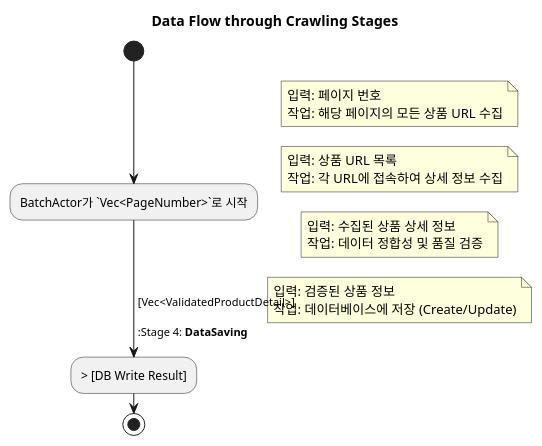
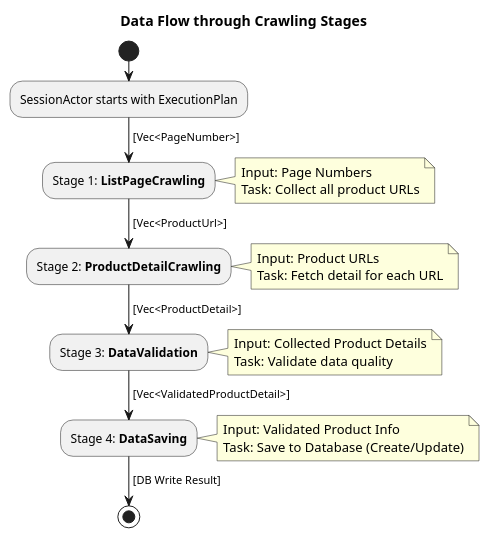
Before and after one commit to Chanseok/rMatterCertis: diagram 12 of 13 in docs/architecture.md, drawn with PlantUML. The commit also changed other lines of this file and 23 other files, not shown here.

First line of the commit message:
Retire legacy BatchActor path; unify crawling execution under StageActor

````diff
--- a/docs/architecture.md
+++ b/docs/architecture.md
@@ -362,47 +409,34 @@
 ```plantuml
 @startuml DataFlow
-
 title Data Flow through Crawling Stages
 
 start
-
-:BatchActor가 `Vec<PageNumber>`로 시작;
-
--> [Vec<PageNumber>]
-
+:SessionActor starts with ExecutionPlan;
+-> [Vec<PageNumber>];
 :Stage 1: **ListPageCrawling**;
 note right
-  입력: 페이지 번호
-  작업: 해당 페이지의 모든 상품 URL 수집
+  Input: Page Numbers
+  Task: Collect all product URLs
 end note
-
--> [Vec<ProductUrl>]
-
+-> [Vec<ProductUrl>];
 :Stage 2: **ProductDetailCrawling**;
 note right
-  입력: 상품 URL 목록
-  작업: 각 URL에 접속하여 상세 정보 수집
+  Input: Product URLs
+  Task: Fetch detail for each URL
 end note
-
--> [Vec<ProductDetail>]
-
+-> [Vec<ProductDetail>];
 :Stage 3: **DataValidation**;
 note right
-  입력: 수집된 상품 상세 정보
-  작업: 데이터 정합성 및 품질 검증
+  Input: Collected Product Details
+  Task: Validate data quality
 end note
-
--> [Vec<ValidatedProductDetail>]
-
+-> [Vec<ValidatedProductDetail>];
 :Stage 4: **DataSaving**;
 note right
-  입력: 검증된 상품 정보
-  작업: 데이터베이스에 저장 (Create/Update)
+  Input: Validated Product Info
+  Task: Save to Database (Create/Update)
 end note
-
--> [DB Write Result]
-
+-> [DB Write Result];
 stop
-
 @enduml
 ```
````
